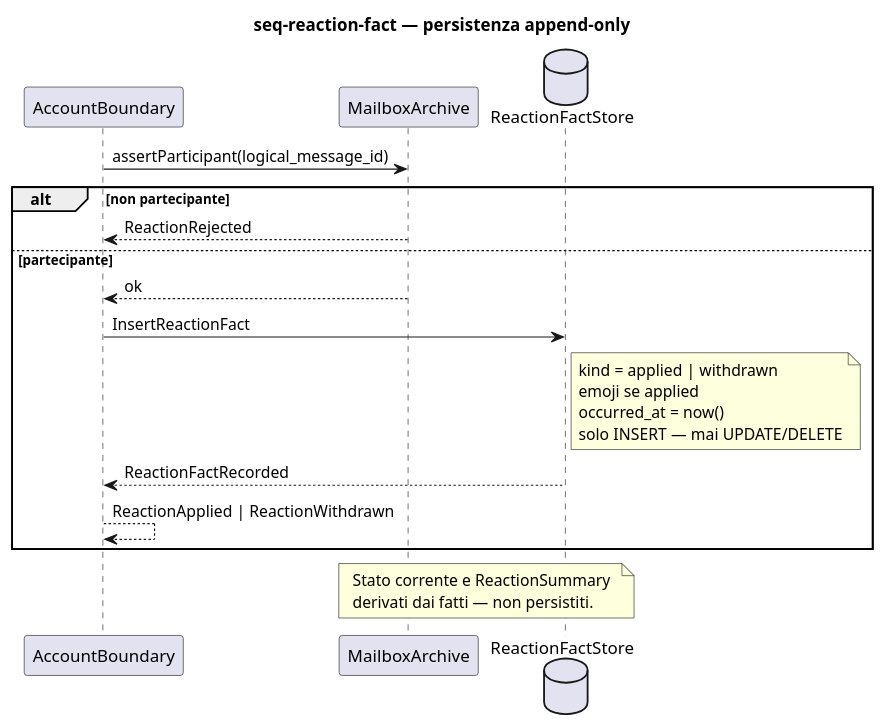
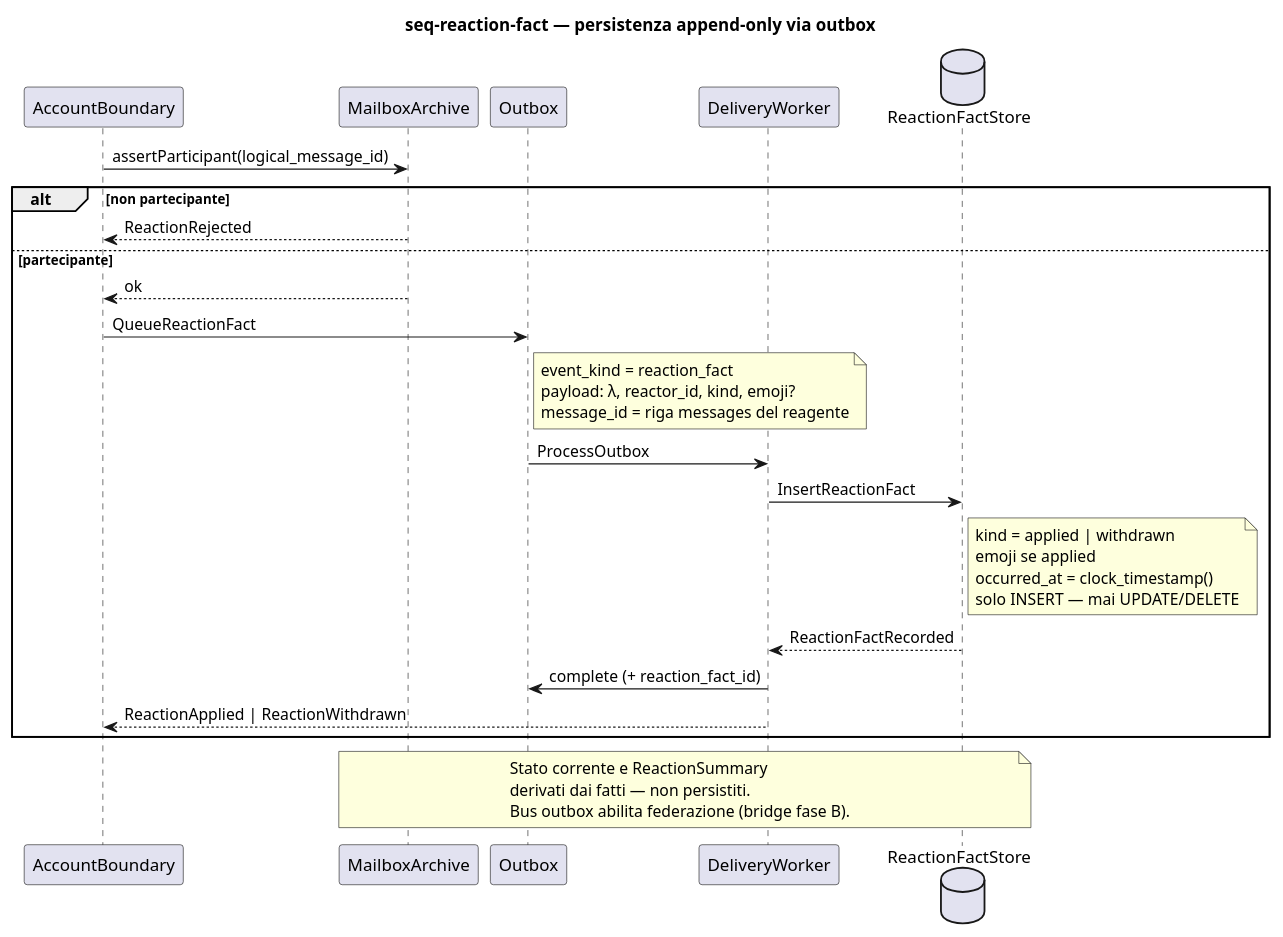
Before and after one commit to alfred-im/alfred-im: the diagram in docs/model/uml/messaging/seq-reaction-fact.puml, drawn with PlantUML. The commit also changed 5 other files, not shown here.

First line of the commit message:
Route reaction facts through outbox for federation-ready delivery

```diff
--- a/docs/model/uml/messaging/seq-reaction-fact.puml
+++ b/docs/model/uml/messaging/seq-reaction-fact.puml
@@ -1,33 +1,44 @@
 @startuml seq-reaction-fact
 ' Context: messaging
 ' Profile: platform
-' Revision: 2026-08-07
+' Revision: 2026-09-05
 
-title seq-reaction-fact — persistenza append-only
+title seq-reaction-fact — persistenza append-only via outbox
 
 participant "AccountBoundary" as AB
 participant "MailboxArchive" as MSG
+participant "Outbox" as OB
+participant "DeliveryWorker" as DW
 database "ReactionFactStore" as RFS
 
 AB -> MSG : assertParticipant(logical_message_id)
 alt non partecipante
   MSG --> AB : ReactionRejected
 else partecipante
   MSG --> AB : ok
-  AB -> RFS : InsertReactionFact
+  AB -> OB : QueueReactionFact
+  note right of OB
+    event_kind = reaction_fact
+    payload: λ, reactor_id, kind, emoji?
+    message_id = riga messages del reagente
+  end note
+  OB -> DW : ProcessOutbox
+  DW -> RFS : InsertReactionFact
   note right of RFS
     kind = applied | withdrawn
     emoji se applied
-    occurred_at = now()
+    occurred_at = clock_timestamp()
     solo INSERT — mai UPDATE/DELETE
   end note
-  RFS --> AB : ReactionFactRecorded
-  AB --> AB : ReactionApplied | ReactionWithdrawn
+  RFS --> DW : ReactionFactRecorded
+  DW -> OB : complete (+ reaction_fact_id)
+  DW --> AB : ReactionApplied | ReactionWithdrawn
 end
 
 note over MSG, RFS
   Stato corrente e ReactionSummary
   derivati dai fatti — non persistiti.
+  Bus outbox abilita federazione (bridge fase B).
 end note
 
 @enduml
```
